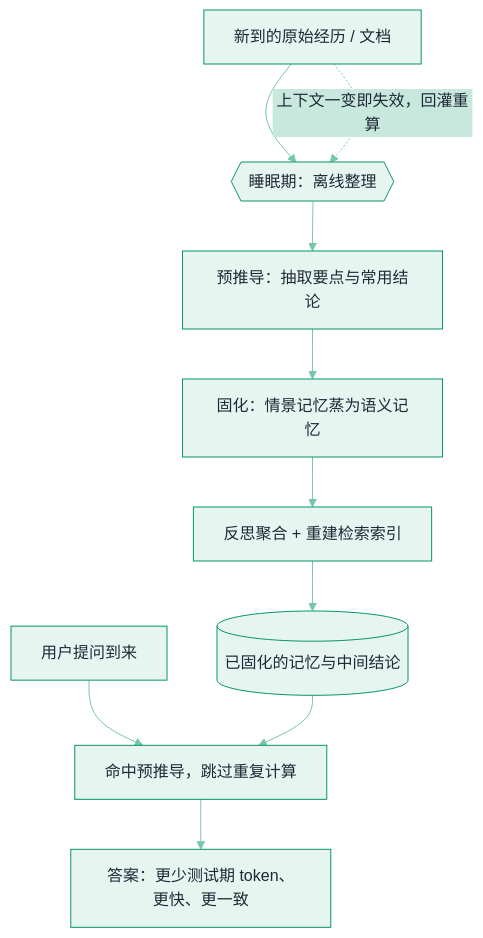
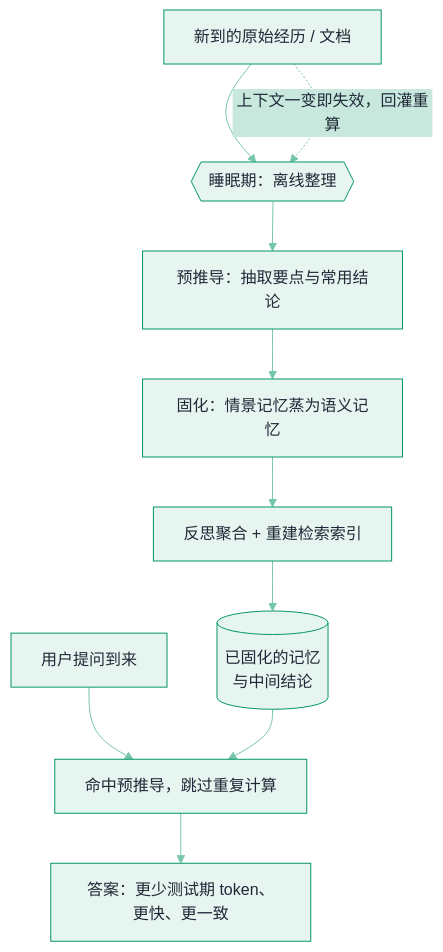
Before and after one commit to funny8kids/ai-agent-handbook: the diagram in docs/06-memory-rag/sleep-time-memory-consolidation.md, drawn with Mermaid. The commit also changed 7 other files, not shown here.

````diff
--- a/docs/06-memory-rag/sleep-time-memory-consolidation.md
+++ b/docs/06-memory-rag/sleep-time-memory-consolidation.md
@@ -48,13 +48,13 @@
 ```mermaid
 %%{init: {"theme":"base","themeVariables":{"primaryColor":"#E6F5F0","primaryBorderColor":"#059669","primaryTextColor":"#1F2937","secondaryColor":"#C8E8DE","tertiaryColor":"#F5FBF9","lineColor":"#76C5AD","actorBkg":"#EBF7F3","actorBorder":"#059669","actorTextColor":"#1F2937","signalColor":"#50B696","noteBkgColor":"#D2ECE4","noteBorderColor":"#059669","noteTextColor":"#1F2937","labelBoxBkgColor":"#E6F5F0","labelBoxBorderColor":"#059669"}}}%%
 flowchart TD
     RAW["新到的原始经历 / 文档"] --> SLEEP{{"睡眠期：离线整理"}}
     SLEEP --> EXTRACT["预推导：抽取要点与常用结论"]
     EXTRACT --> CONSOL["固化：情景记忆蒸为语义记忆"]
     CONSOL --> REIDX["反思聚合 + 重建检索索引"]
-    REIDX --> STORE[("已固化的记忆与中间结论")]
+    REIDX --> STORE[("已固化的记忆<br/>与中间结论")]
     Q["用户提问到来"] --> HIT["命中预推导，跳过重复计算"]
     STORE --> HIT
     HIT --> ANS["答案：更少测试期 token、更快、更一致"]
     RAW -.->|"上下文一变即失效，回灌重算"| SLEEP
 ```
````
